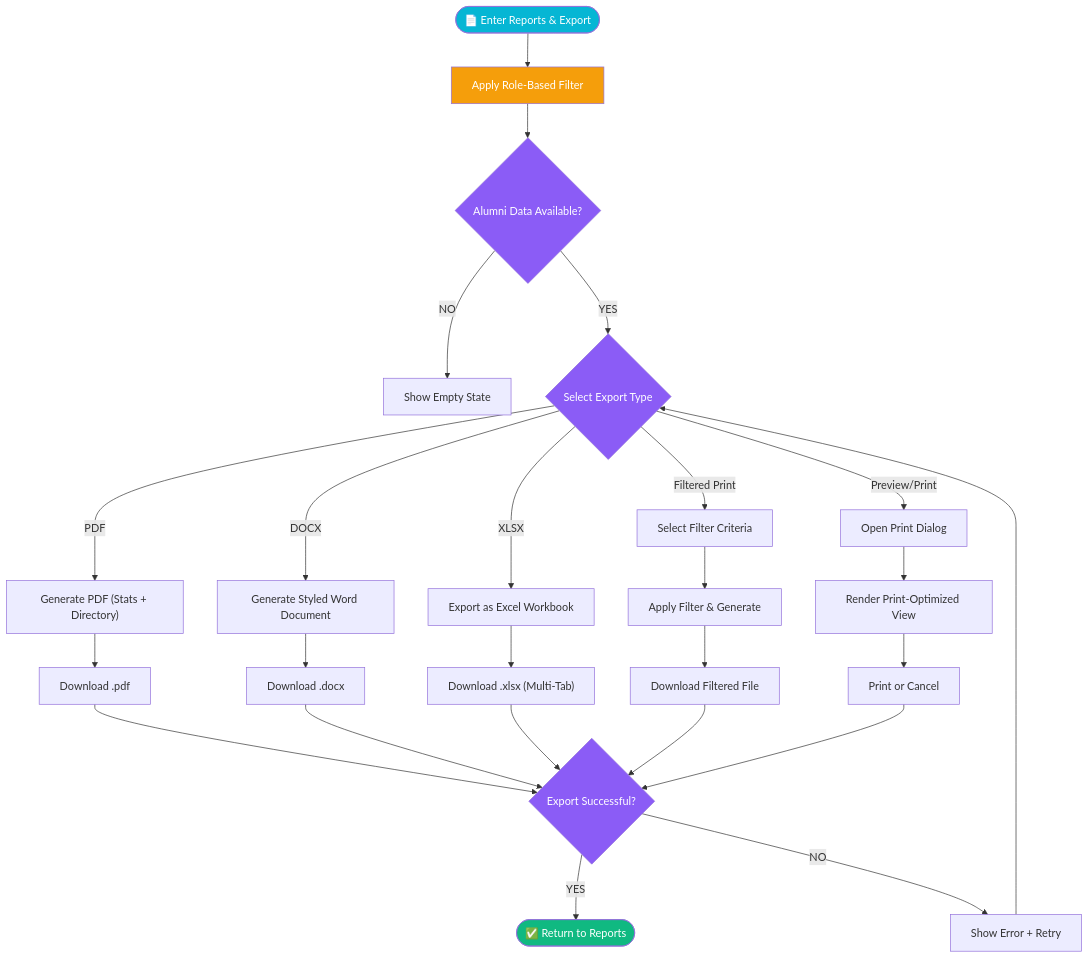
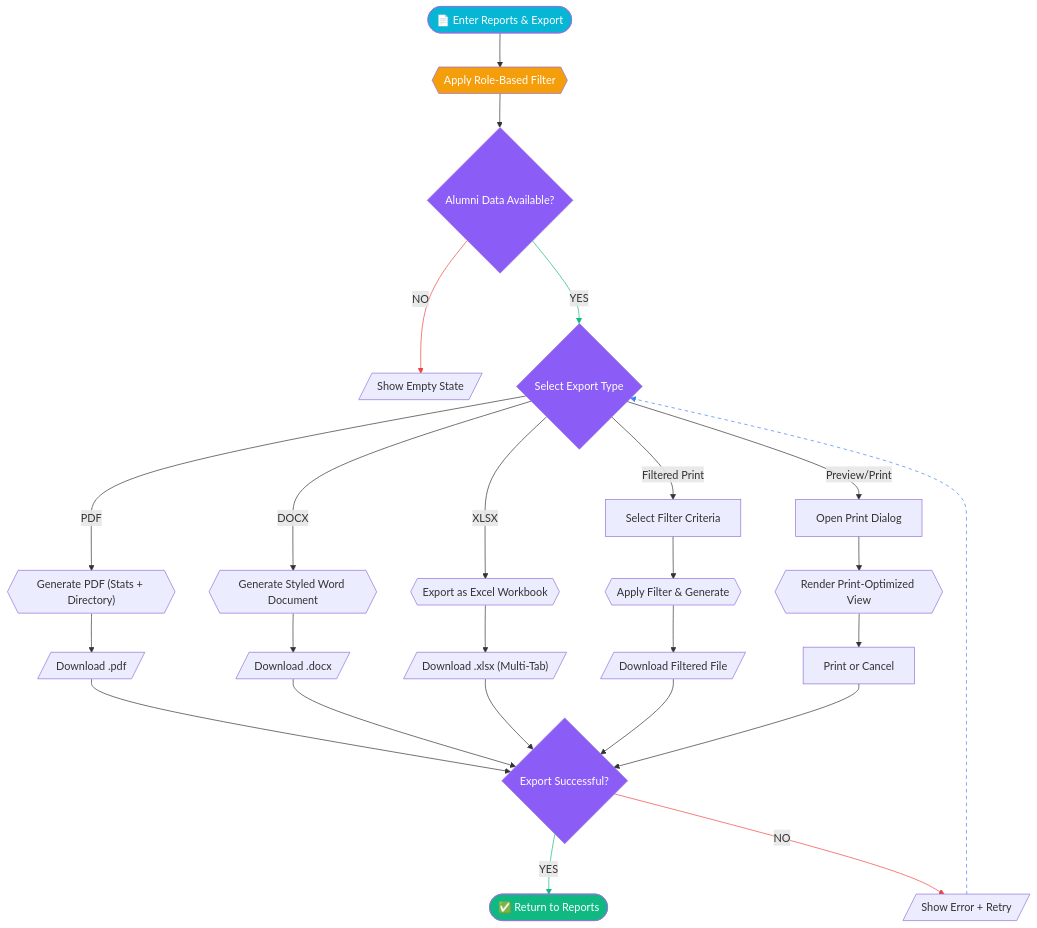
The sixth of 10 diagrams in docs/technical/alumni-db-flowcharts.md (rakuya-khun/alumni-db), drawn with Mermaid before and after one commit. The commit also changed other lines of this file, not shown here.

Commit message:
docs: flowchart mermaid markdown shape adjustment

````diff
--- a/docs/technical/alumni-db-flowcharts.md
+++ b/docs/technical/alumni-db-flowcharts.md
@@ -298,36 +324,41 @@
 ```mermaid
 flowchart TD
-    A([📄 Enter Reports & Export]) --> B["Apply Role-Based Filter"]
+    A([📄 Enter Reports & Export]) --> B{{"Apply Role-Based Filter"}}
     B --> C{Alumni Data Available?}
-    C -- NO --> D["Show Empty State"]
+    C -- NO --> D[/"Show Empty State"/]
     C -- YES --> E{Select Export Type}
 
-    E -- PDF --> F["Generate PDF (Stats + Directory)"]
-    F --> G["Download .pdf"]
+    E -- PDF --> F{{"Generate PDF (Stats + Directory)"}}
+    F --> G[/"Download .pdf"/]
 
-    E -- DOCX --> H["Generate Styled Word Document"]
-    H --> I["Download .docx"]
+    E -- DOCX --> H{{"Generate Styled Word Document"}}
+    H --> I[/"Download .docx"/]
 
-    E -- XLSX --> J["Export as Excel Workbook"]
-    J --> K["Download .xlsx (Multi-Tab)"]
+    E -- XLSX --> J{{"Export as Excel Workbook"}}
+    J --> K[/"Download .xlsx (Multi-Tab)"/]
 
     E -- Filtered Print --> L["Select Filter Criteria"]
-    L --> M["Apply Filter & Generate"]
-    M --> N["Download Filtered File"]
+    L --> M{{"Apply Filter & Generate"}}
+    M --> N[/"Download Filtered File"/]
 
     E -- Preview/Print --> O["Open Print Dialog"]
-    O --> P["Render Print-Optimized View"]
+    O --> P{{"Render Print-Optimized View"}}
     P --> Q["Print or Cancel"]
 
     G & I & K & N & Q --> R{Export Successful?}
     R -- YES --> S([✅ Return to Reports])
-    R -- NO --> T["Show Error + Retry"]
+    R -- NO --> T[/"Show Error + Retry"/]
     T --> E
 
     style A fill:#06b6d4,color:#fff
     style S fill:#10b981,color:#fff
     style C fill:#8b5cf6,color:#fff
     style E fill:#8b5cf6,color:#fff
     style R fill:#8b5cf6,color:#fff
     style B fill:#f59e0b,color:#fff
+    linkStyle 2 stroke:#ef4444
+    linkStyle 3 stroke:#10b981
+    linkStyle 21 stroke:#10b981
+    linkStyle 22 stroke:#ef4444
+    linkStyle 23 stroke:#3b82f6,stroke-dasharray:5
 ```
````
